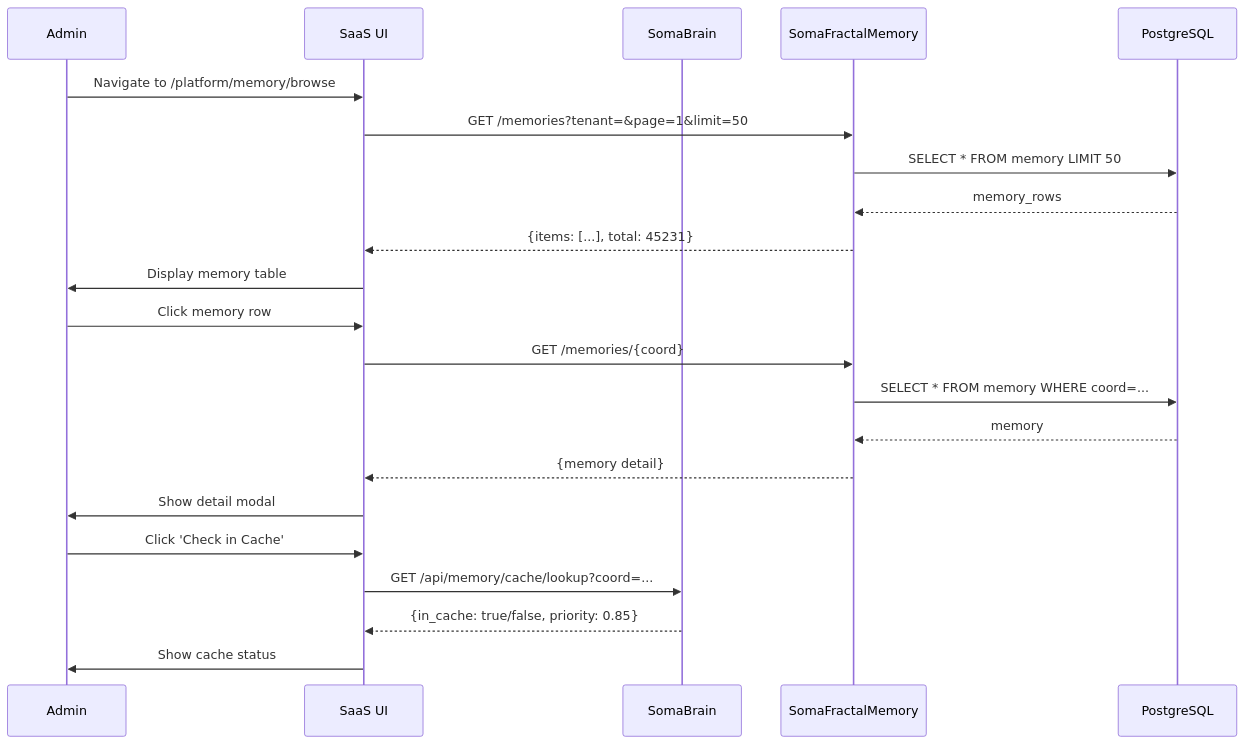
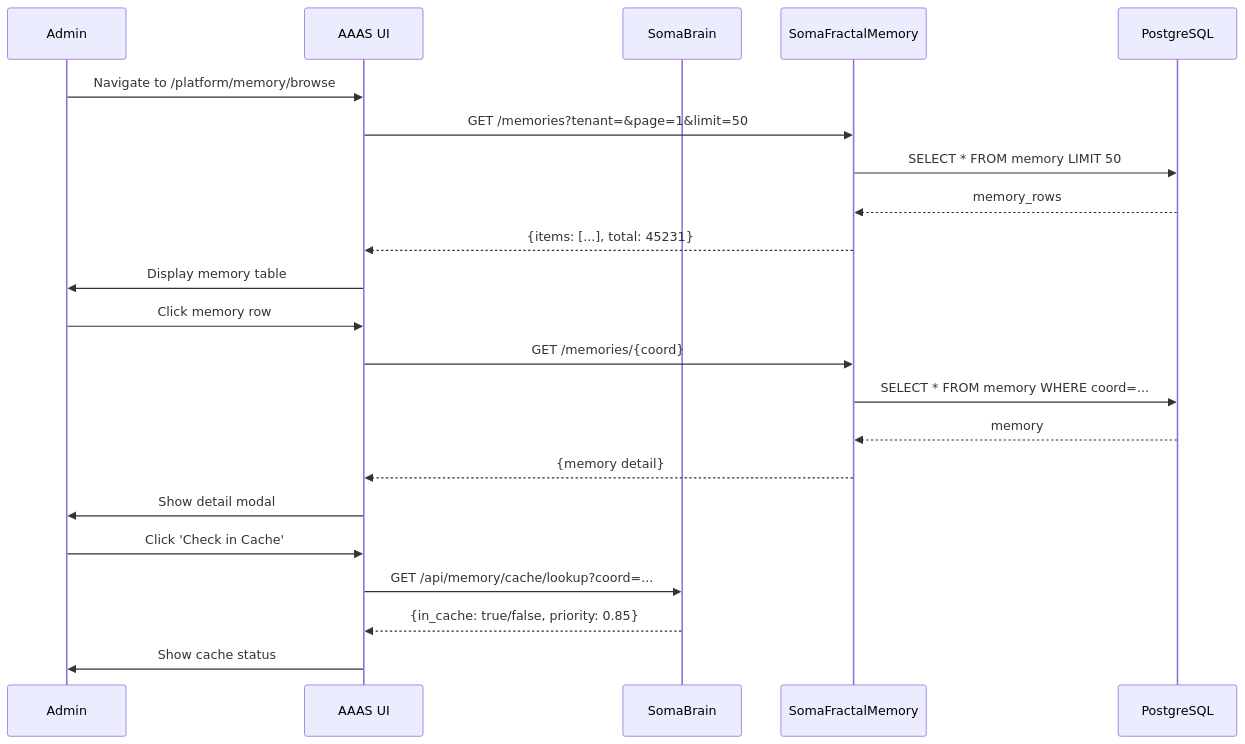
Before and after one commit to somatechlat/somabrain: the third of 9 diagrams in docs/srs/flows/memory-operations-flow.md, drawn with Mermaid. The commit also changed other lines of this file and 131 other files, not shown here.

````diff
--- a/docs/srs/flows/memory-operations-flow.md
+++ b/docs/srs/flows/memory-operations-flow.md
@@ -78,27 +78,27 @@
 ```mermaid
 sequenceDiagram
     participant Admin
-    participant UI as SaaS UI
+    participant UI as AAAS UI
     participant SB as SomaBrain
     participant SFM as SomaFractalMemory
     participant PG as PostgreSQL
     
     Admin->>UI: Navigate to /platform/memory/browse
     UI->>SFM: GET /memories?tenant=&page=1&limit=50
     SFM->>PG: SELECT * FROM memory LIMIT 50
     PG-->>SFM: memory_rows
     SFM-->>UI: {items: [...], total: 45231}
     UI->>Admin: Display memory table
     
     Admin->>UI: Click memory row
     UI->>SFM: GET /memories/{coord}
     SFM->>PG: SELECT * FROM memory WHERE coord=...
     PG-->>SFM: memory
     SFM-->>UI: {memory detail}
     UI->>Admin: Show detail modal
     
     Admin->>UI: Click 'Check in Cache'
     UI->>SB: GET /api/memory/cache/lookup?coord=...
     SB-->>UI: {in_cache: true/false, priority: 0.85}
     UI->>Admin: Show cache status
 ```
````
